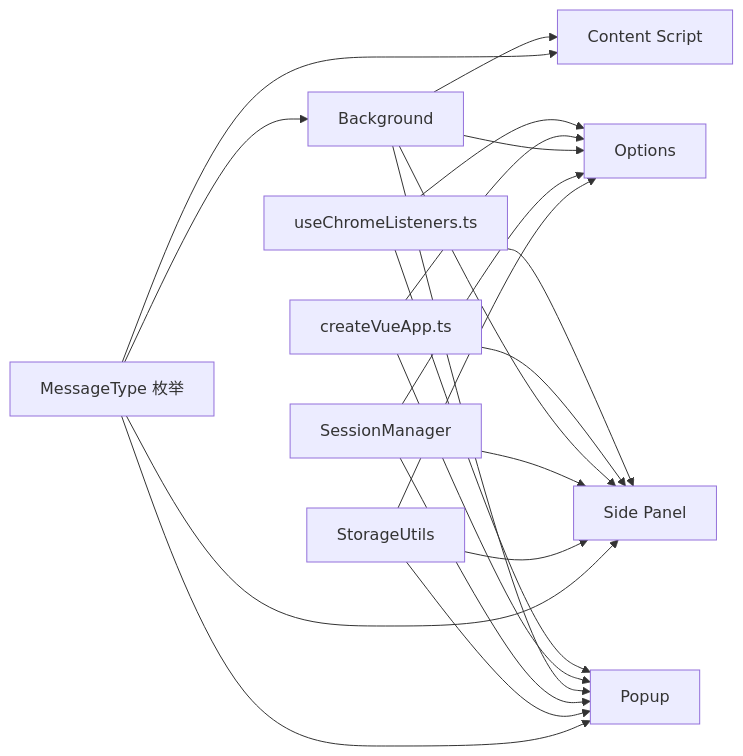
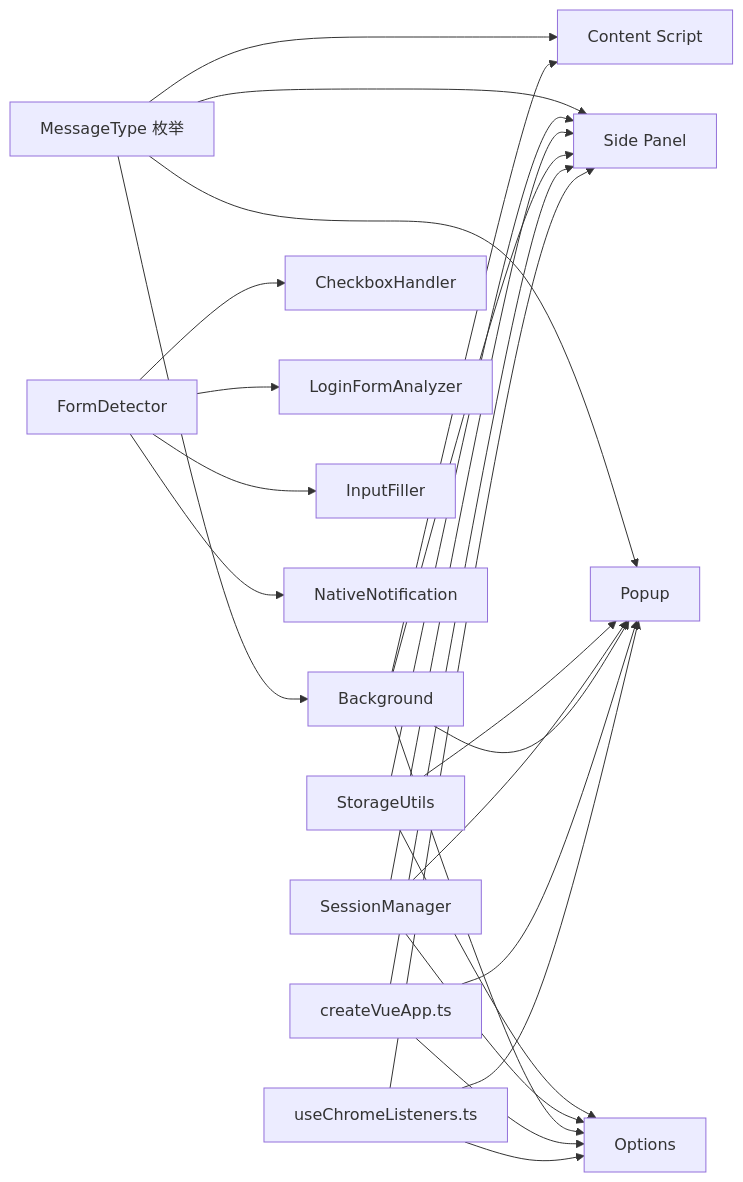
Before and after one commit to liaolongdong/account-password-helper: diagram 11 of 11 in .qoder/repowiki/zh/content/扩展入口点/扩展入口点.md, drawn with Mermaid. The commit also changed other lines of this file and 7 other files, not shown here.

````diff
--- a/.qoder/repowiki/zh/content/扩展入口点/扩展入口点.md
+++ b/.qoder/repowiki/zh/content/扩展入口点/扩展入口点.md
@@ -330,23 +584,27 @@
 ```mermaid
 graph LR
 MSG["MessageType 枚举"] --> BG["Background"]
 MSG --> CT["Content Script"]
 MSG --> SP["Side Panel"]
 MSG --> POP["Popup"]
 STORE["StorageUtils"] --> POP
 STORE --> SP
 STORE --> OPT["Options"]
 SESS["SessionManager"] --> POP
 SESS --> SP
 SESS --> OPT
 BG --> CT
 BG --> SP
 BG --> POP
 BG --> OPT
+FD["FormDetector"] --> CH["CheckboxHandler"]
+FD --> LFA["LoginFormAnalyzer"]
+FD --> IF["InputFiller"]
+FD --> NN["NativeNotification"]
 CREATEAPP["createVueApp.ts"] --> POP
 CREATEAPP --> SP
 CREATEAPP --> OPT
 LISTENERS["useChromeListeners.ts"] --> SP
 LISTENERS --> POP
 LISTENERS --> OPT
 ```
````
